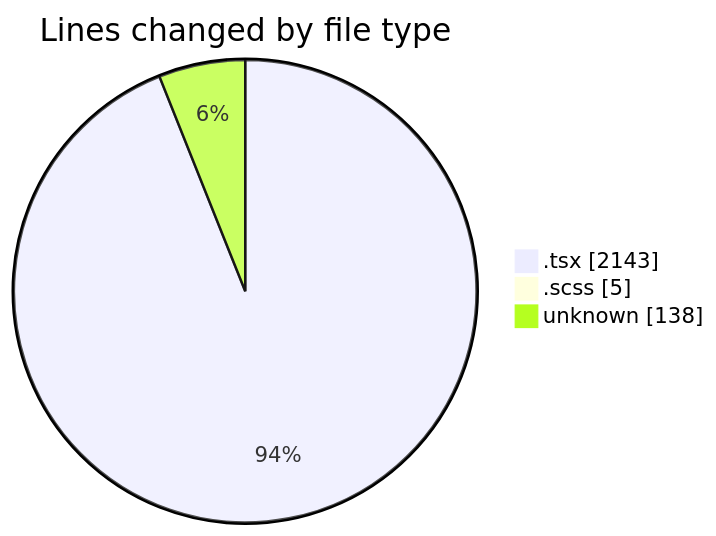
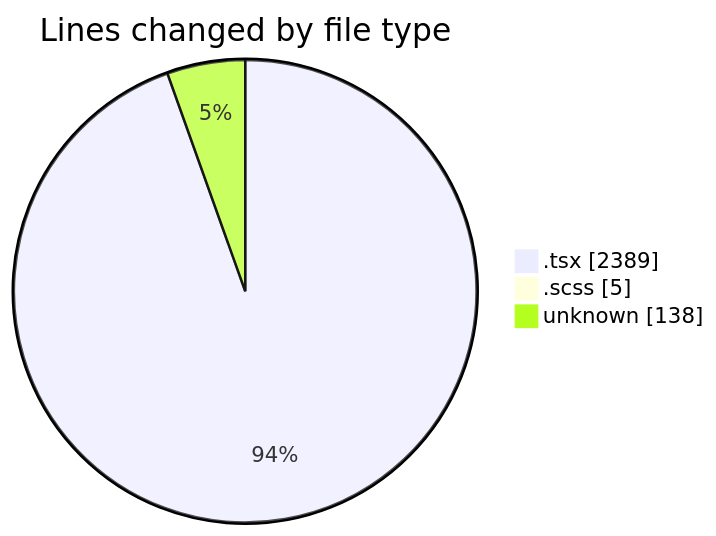
Before and after one commit to momahboobian/code-tracking: the first of 2 diagrams in 2026-10-13/cda/README.md, drawn with Mermaid. The commit also changed other lines of this file and 1 other file, not shown here.

````diff
--- a/2026-10-13/cda/README.md
+++ b/2026-10-13/cda/README.md
@@ -34,7 +35,7 @@
 ```mermaid
 pie showData
 title Lines changed by file type
-".tsx" : 2143
+".tsx" : 2389
 ".scss" : 5
 "unknown" : 138
 ```
````
